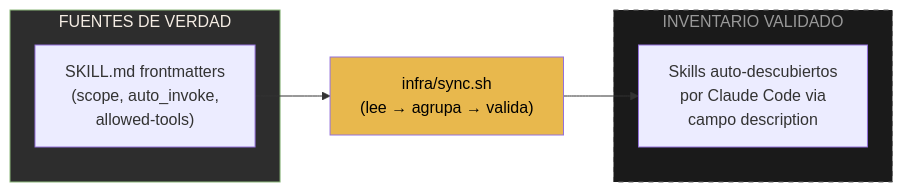
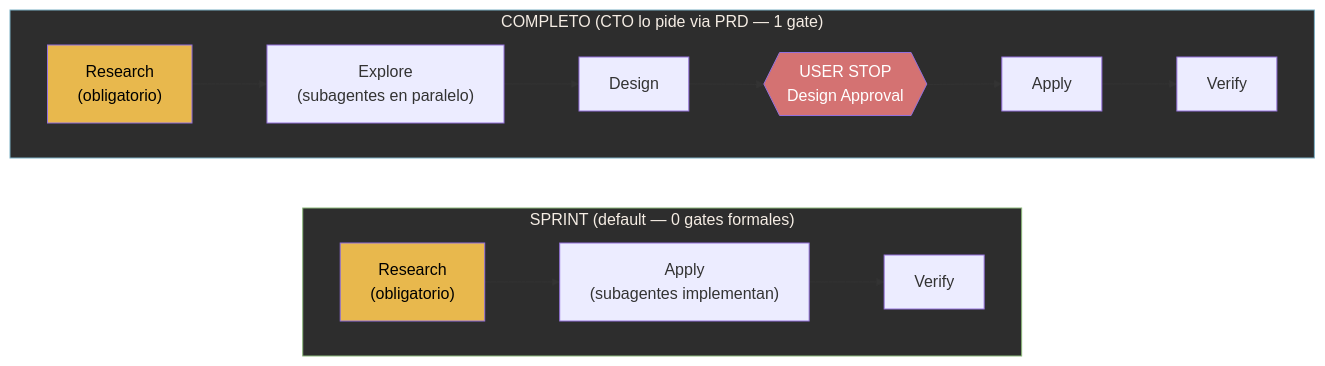
One commit to jota-batuta/batuta-dots changed the third of 14 diagrams in docs/architecture/arquitectura-diagrama.md. Above: the diagram before and after it, drawn with Mermaid. The commit also changed other lines of this file and 120 other files, not shown here.

First line of the commit message:
feat(v15): simplification refactor — contracts, PRD, 2 modes, research-first

````diff
--- a/docs/architecture/arquitectura-diagrama.md
+++ b/docs/architecture/arquitectura-diagrama.md
@@ -201,19 +95,28 @@
 ```mermaid
 flowchart LR
-    subgraph FUENTE["FUENTES DE VERDAD"]
-        SKILLS_MD["SKILL.md frontmatters<br/>(scope, auto_invoke,<br/>allowed-tools)"]
+    subgraph SPRINT["SPRINT (default — 0 gates formales)"]
+        direction LR
+        S_RESEARCH["Research<br/>(obligatorio)"]
+        S_APPLY["Apply<br/>(subagentes implementan)"]
+        S_VERIFY["Verify"]
     end
 
-    SYNC["infra/sync.sh<br/>(lee → agrupa → valida)"]
-
-    subgraph RESULTADO["INVENTARIO VALIDADO"]
-        CLAUDE_TABLE["Skills auto-descubiertos<br/>por Claude Code via<br/>campo description"]
+    subgraph COMPLETO["COMPLETO (CTO lo pide via PRD — 1 gate)"]
+        direction LR
+        C_RESEARCH["Research<br/>(obligatorio)"]
+        C_EXPLORE["Explore<br/>(subagentes en paralelo)"]
+        C_DESIGN["Design"]
+        C_GATE{{"USER STOP<br/>Design Approval"}}
+        C_APPLY["Apply"]
+        C_VERIFY["Verify"]
     end
 
-    SKILLS_MD --> SYNC
-    SYNC --> CLAUDE_TABLE
+    S_RESEARCH --> S_APPLY --> S_VERIFY
+    C_RESEARCH --> C_EXPLORE --> C_DESIGN --> C_GATE --> C_APPLY --> C_VERIFY
 
-    style FUENTE fill:#2d2d2d,stroke:#8BB87A,color:#F5EDE4
-    style SYNC fill:#E8B84D,color:#000
-    style RESULTADO fill:#1a1a1a,stroke:#666,color:#999,stroke-dasharray: 5 5
+    style SPRINT fill:#2d2d2d,stroke:#8BB87A,color:#F5EDE4
+    style COMPLETO fill:#2d2d2d,stroke:#7AAFC4,color:#F5EDE4
+    style C_GATE fill:#D47272,color:#fff
+    style S_RESEARCH fill:#E8B84D,color:#000
+    style C_RESEARCH fill:#E8B84D,color:#000
 ```
````
